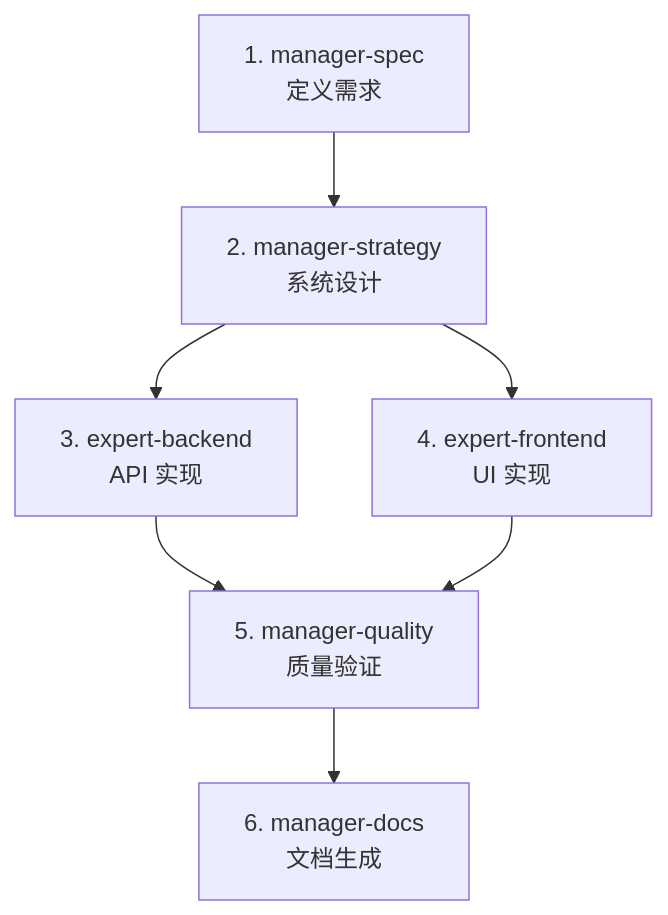
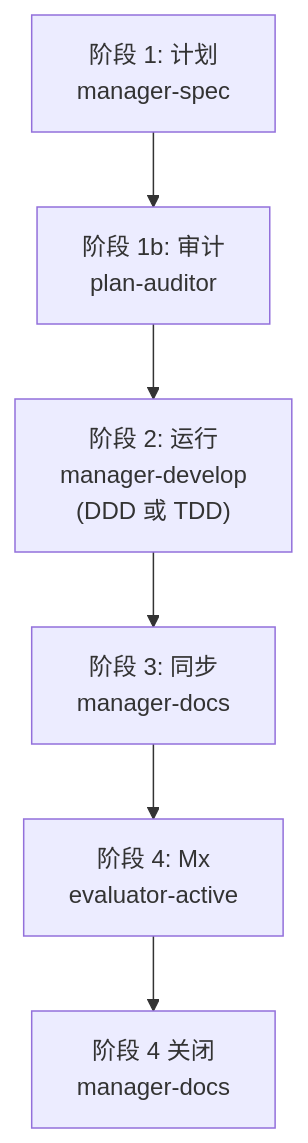
The fourth of 4 diagrams in docs-site/content/zh/advanced/agent-guide.md (modu-ai/moai-adk), drawn with Mermaid before and after one commit. The commit also changed other lines of this file and 153 other files, not shown here.

````diff
--- a/docs-site/content/zh/advanced/agent-guide.md
+++ b/docs-site/content/zh/advanced/agent-guide.md
@@ -303,9 +283,8 @@
 ```mermaid
 flowchart TD
-    A["1. manager-spec<br/>定义需求"] --> B["2. manager-strategy<br/>系统设计"]
-    B --> C["3. expert-backend<br/>API 实现"]
-    B --> D["4. expert-frontend<br/>UI 实现"]
-    C --> E["5. manager-quality<br/>质量验证"]
-    D --> E
-    E --> F["6. manager-docs<br/>文档生成"]
+    A["阶段 1: 计划<br/>manager-spec"] --> B["阶段 1b: 审计<br/>plan-auditor"]
+    B --> C["阶段 2: 运行<br/>manager-develop<br/>(DDD 或 TDD)"]
+    C --> D["阶段 3: 同步<br/>manager-docs"]
+    D --> E["阶段 4: Mx<br/>evaluator-active"]
+    E --> F["阶段 4 关闭<br/>manager-docs"]
 ```
````
